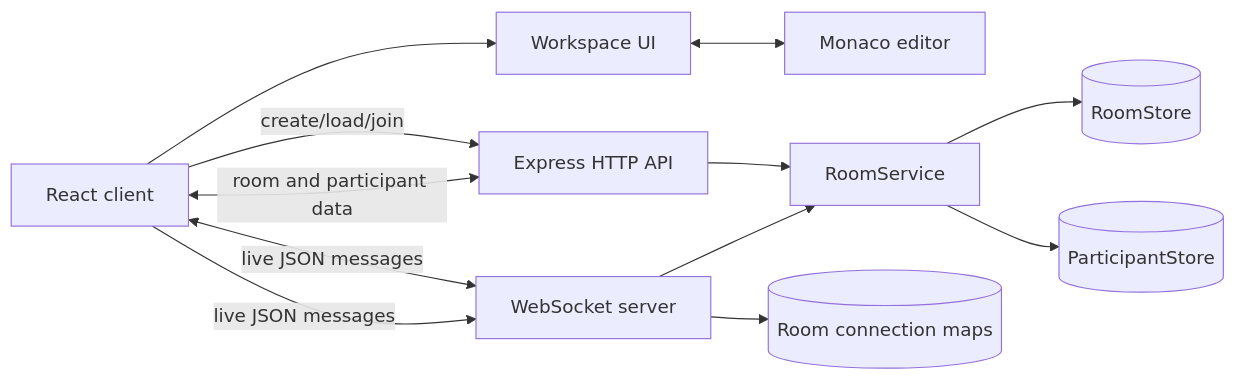
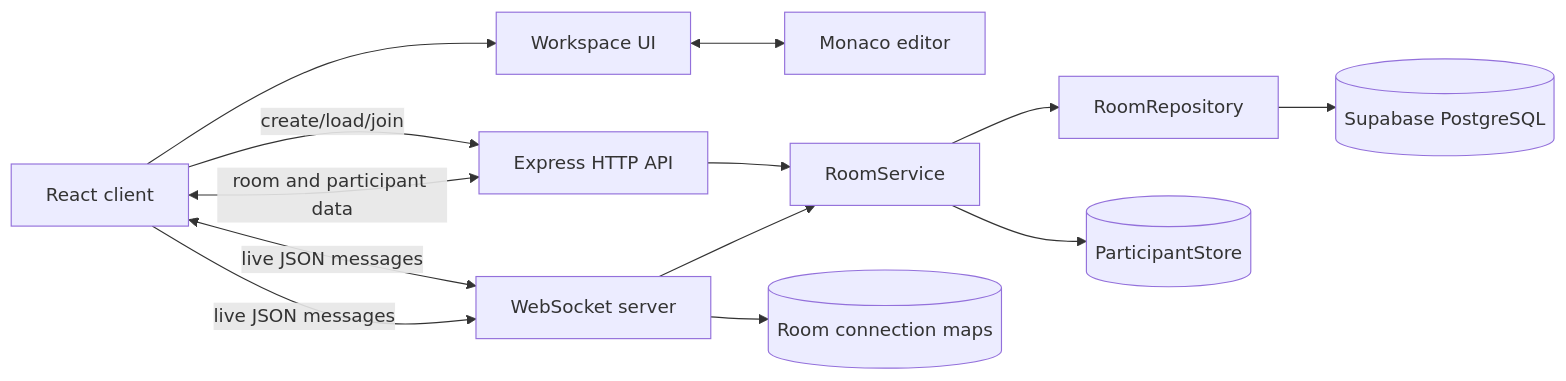
Before and after one commit to Amit-Mahato54322/code-together: the first of 5 diagrams in README.md, drawn with Mermaid. The commit also changed other lines of this file and 18 other files, not shown here.

Commit message:
feat: persist collaborative rooms in PostgreSQL

````diff
--- a/README.md
+++ b/README.md
@@ -67,24 +72,26 @@
 ```mermaid
 flowchart LR
     Browser[React client]
     UI[Workspace UI]
     Monaco[Monaco editor]
     HTTP[Express HTTP API]
     WS[WebSocket server]
     Service[RoomService]
-    Rooms[(RoomStore)]
+    Repository[RoomRepository]
+    Rooms[(Supabase PostgreSQL)]
     Participants[(ParticipantStore)]
     Connections[(Room connection maps)]
 
     Browser --> UI
     UI <--> Monaco
     Browser -- create/load/join --> HTTP
     Browser <-- room and participant data --> HTTP
     Browser <-- live JSON messages --> WS
     Browser -- live JSON messages --> WS
     HTTP --> Service
     WS --> Service
-    Service --> Rooms
+    Service --> Repository
+    Repository --> Rooms
     Service --> Participants
     WS --> Connections
 ```
````
